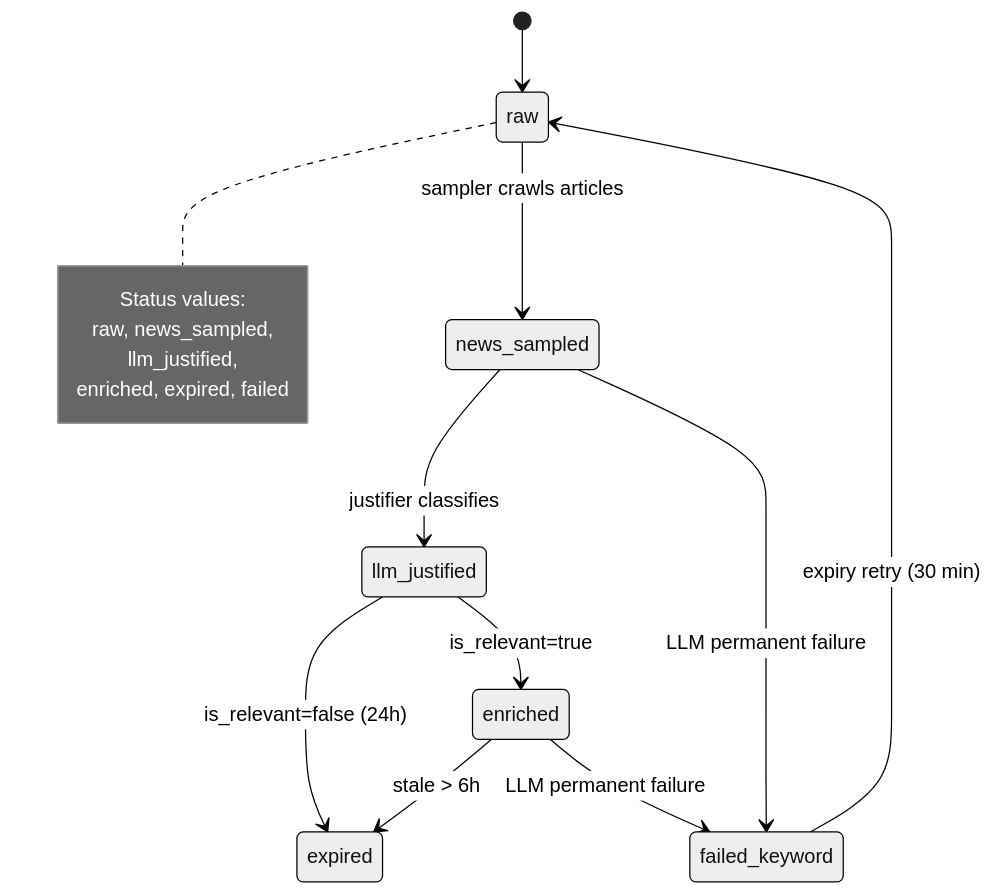
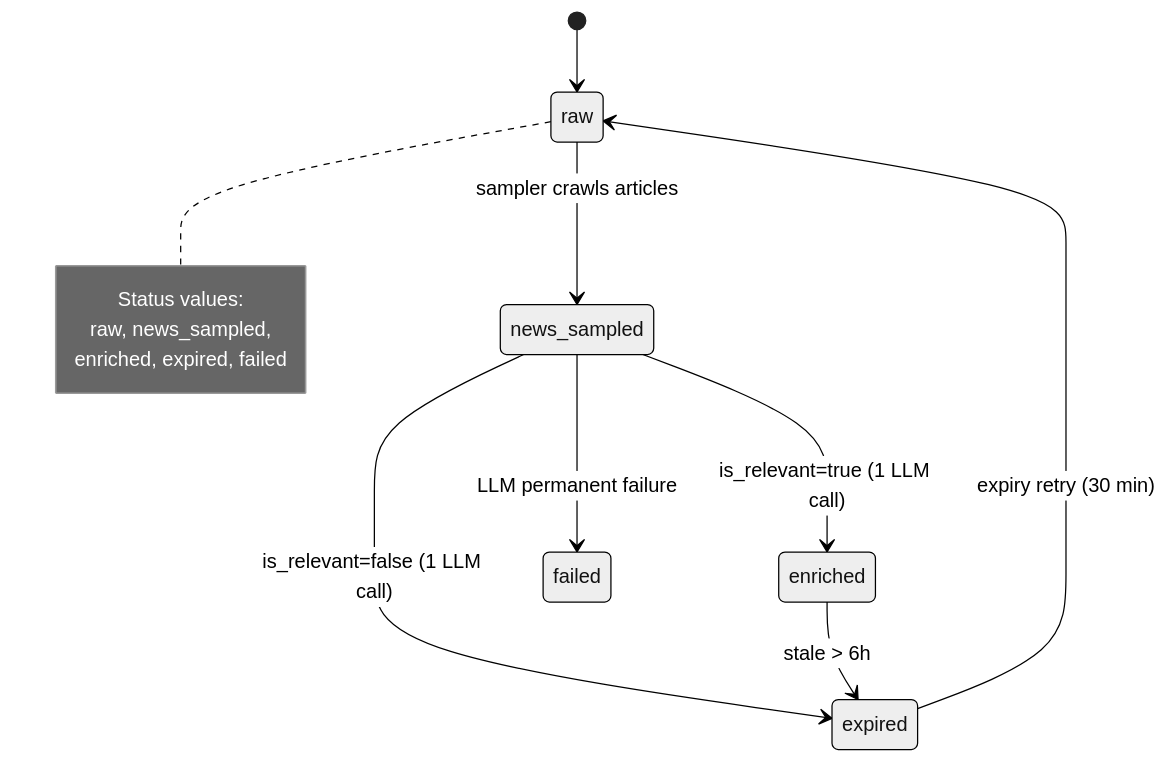
Before and after one commit to danarfthr/aitf-keyword-scraper: the second of 11 diagrams in docs/architecture_diagrams.md, drawn with Mermaid (neutral theme). The commit also changed other lines of this file and 1 other file, not shown here.

First line of the commit message:
docs: update architecture docs for merged LLM processor

````diff
--- a/docs/architecture_diagrams.md
+++ b/docs/architecture_diagrams.md
@@ -125,19 +117,16 @@
 ```mermaid
 stateDiagram-v2
     [*] --> raw
     raw --> news_sampled : sampler crawls articles
-    news_sampled --> llm_justified : justifier classifies
-    llm_justified --> enriched : is_relevant=true
-    llm_justified --> expired : is_relevant=false (24h)
+    news_sampled --> enriched : is_relevant=true (1 LLM call)
+    news_sampled --> expired : is_relevant=false (1 LLM call)
+    news_sampled --> failed : LLM permanent failure
     enriched --> expired : stale > 6h
-    enriched --> failed_keyword : LLM permanent failure
-    news_sampled --> failed_keyword : LLM permanent failure
-    failed_keyword --> raw : expiry retry (30 min)
+    expired --> raw : expiry retry (30 min)
 
     note right of raw
         Status values:
         raw, news_sampled,
-        llm_justified,
         enriched, expired, failed
     end note
 ```
````
